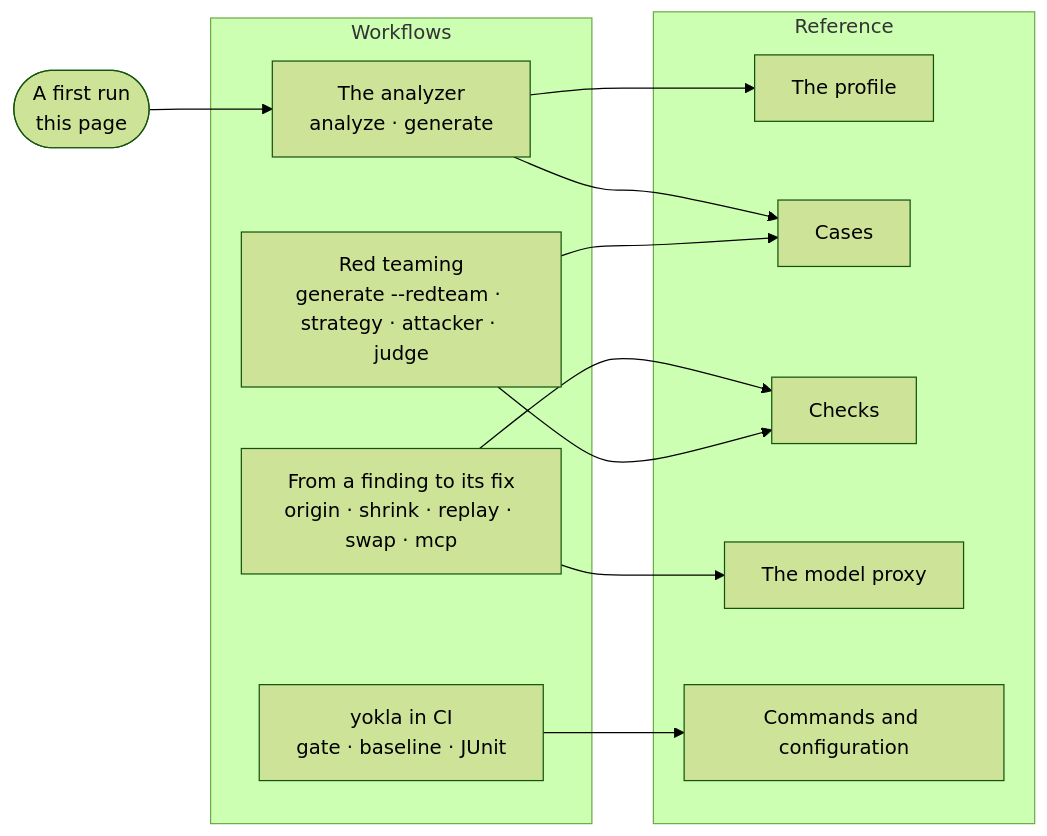
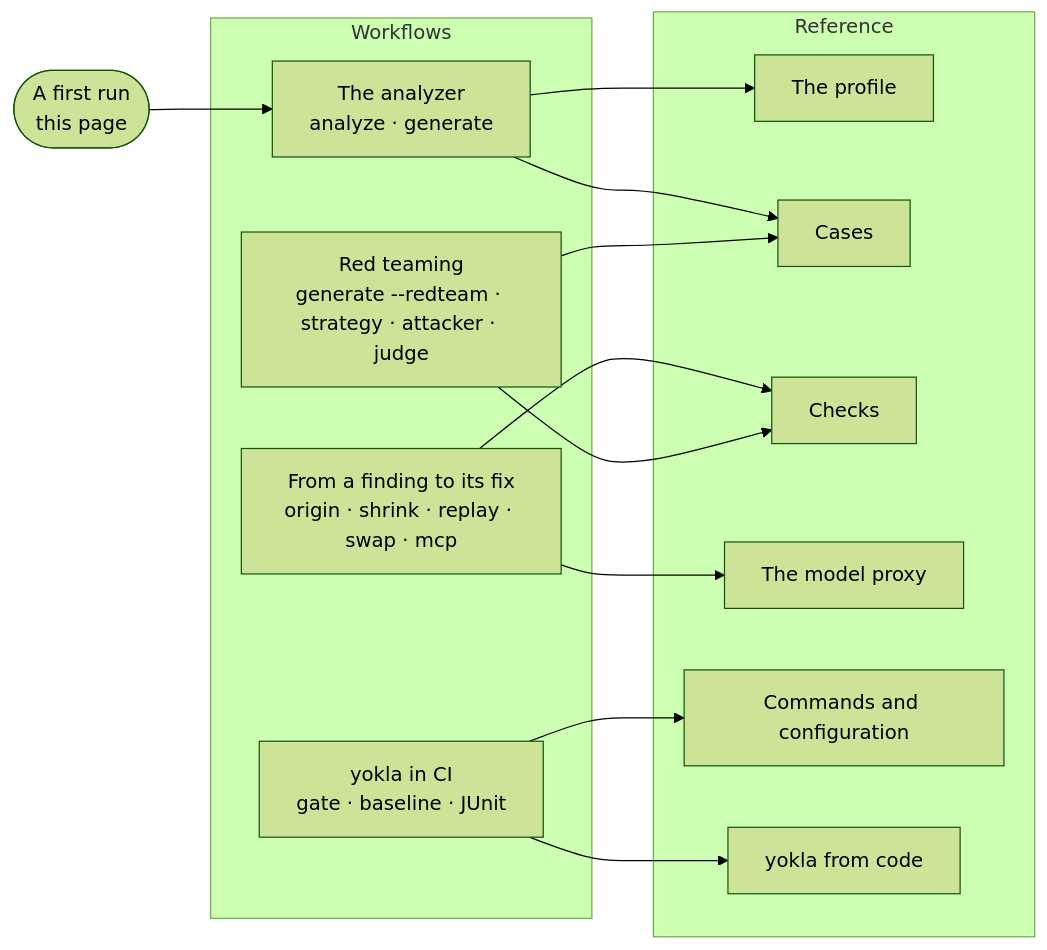
The diagram in docs/guide/README.md (thebozturk/yokla), drawn with Mermaid (forest theme) before and after one commit. The commit also changed other lines of this file and 5 other files, not shown here.

First line of the commit message:
docs: yokla from code (ADR-0093)

````diff
--- a/docs/guide/README.md
+++ b/docs/guide/README.md
@@ -12,24 +12,26 @@
 ```mermaid
 flowchart LR
     Start(["A first run<br/>this page"]) --> Analyzer
     subgraph Workflows
         Analyzer["The analyzer<br/>analyze · generate"]
         Debugging["From a finding to its fix<br/>origin · shrink · replay · swap · mcp"]
         CI["yokla in CI<br/>gate · baseline · JUnit"]
         RedTeam["Red teaming<br/>generate --redteam · strategy · attacker · judge"]
     end
     subgraph Reference
         Profile["The profile"]
         Cases["Cases"]
         Checks["Checks"]
         Proxy["The model proxy"]
         CLI["Commands and configuration"]
+        API["yokla from code"]
     end
     Analyzer --> Profile
     Analyzer --> Cases
     Debugging --> Proxy
     Debugging --> Checks
     CI --> CLI
+    CI --> API
     RedTeam --> Cases
     RedTeam --> Checks
 ```
````
